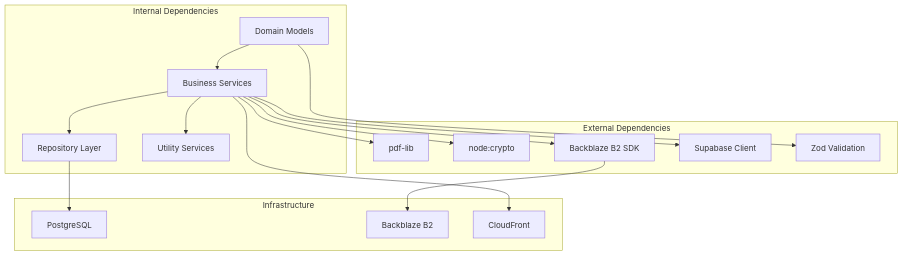
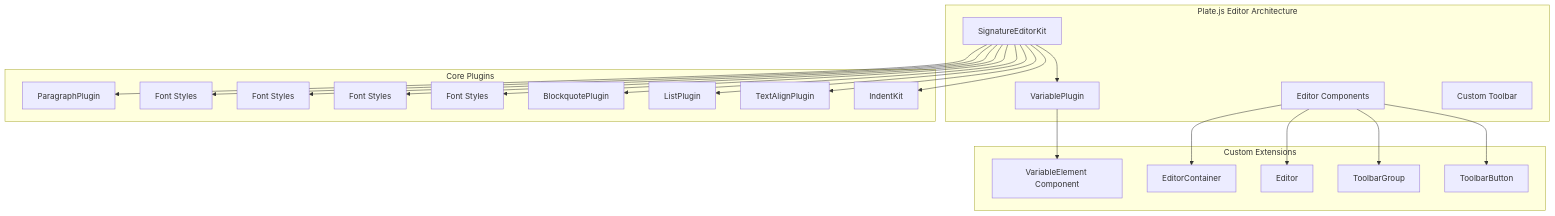
One commit to SinesysTech/zattar-os changed the seventh of 12 diagrams in .qoder/repowiki/en/content/Document Management and AI Editor/Digital Signature Workflows.md. Above: the diagram before and after it, drawn with Mermaid. The commit also changed other lines of this file and 12 other files, not shown here.

````diff
--- a/.qoder/repowiki/en/content/Document Management and AI Editor/Digital Signature Workflows.md
+++ b/.qoder/repowiki/en/content/Document Management and AI Editor/Digital Signature Workflows.md
@@ -398,32 +427,42 @@
 ```mermaid
 graph TB
-subgraph "Internal Dependencies"
-Domain[Domain Models]
-Service[Business Services]
-Repo[Repository Layer]
-Utils[Utility Services]
+subgraph "Plate.js Editor Architecture"
+SignatureEditorKit[SignatureEditorKit]
+VariablePlugin[VariablePlugin]
+EditorComponents[Editor Components]
+Toolbar[Custom Toolbar]
 end
-subgraph "External Dependencies"
-PDFLib[pdf-lib]
-Crypto[node:crypto]
-Storage[Backblaze B2 SDK]
-Supabase[Supabase Client]
-Zod[Zod Validation]
+subgraph "Core Plugins"
+ParagraphPlugin[ParagraphPlugin]
+BoldPlugin[Font Styles]
+ItalicPlugin[Font Styles]
+UnderlinePlugin[Font Styles]
+StrikethroughPlugin[Font Styles]
+BlockquotePlugin[BlockquotePlugin]
+ListPlugin[ListPlugin]
+TextAlignPlugin[TextAlignPlugin]
+IndentKit[IndentKit]
 end
-subgraph "Infrastructure"
-Database[PostgreSQL]
-ObjectStorage[Backblaze B2]
-CDN[CloudFront]
+subgraph "Custom Extensions"
+VariableElement[VariableElement Component]
+EditorContainer[EditorContainer]
+Editor[Editor]
+ToolbarGroup[ToolbarGroup]
+ToolbarButton[ToolbarButton]
 end
-Domain --> Service
-Service --> Repo
-Service --> Utils
-Service --> PDFLib
-Service --> Crypto
-Service --> Storage
-Service --> Supabase
-Domain --> Zod
-Repo --> Database
-Storage --> ObjectStorage
-Service --> CDN
+SignatureEditorKit --> ParagraphPlugin
+SignatureEditorKit --> BoldPlugin
+SignatureEditorKit --> ItalicPlugin
+SignatureEditorKit --> UnderlinePlugin
+SignatureEditorKit --> StrikethroughPlugin
+SignatureEditorKit --> BlockquotePlugin
+SignatureEditorKit --> VariablePlugin
+SignatureEditorKit --> ListPlugin
+SignatureEditorKit --> TextAlignPlugin
+SignatureEditorKit --> IndentKit
+VariablePlugin --> VariableElement
+EditorComponents --> EditorContainer
+EditorComponents --> Editor
+EditorComponents --> ToolbarGroup
+EditorComponents --> ToolbarButton
 ```
````
